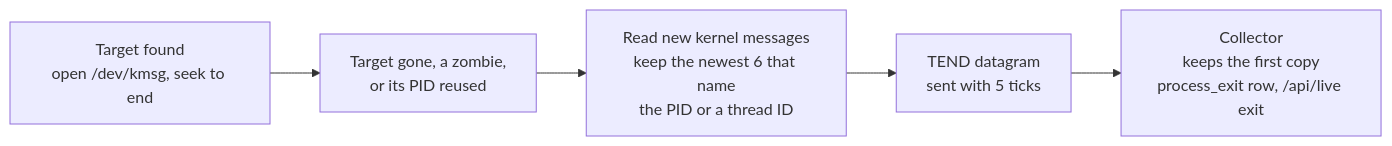
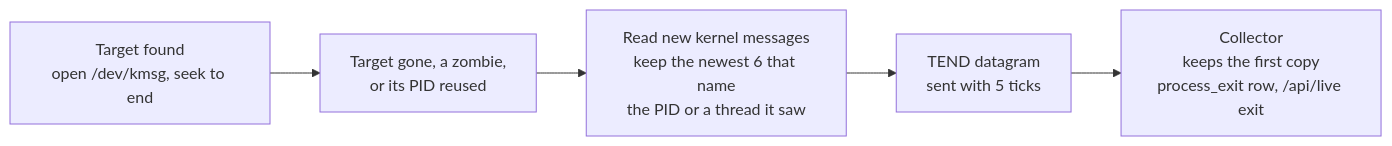
Before and after one commit to breakbadsp/triangulator: the diagram in docs/process-exit.md, drawn with Mermaid. The commit also changed other lines of this file and 3 other files, not shown here.

````diff
--- a/docs/process-exit.md
+++ b/docs/process-exit.md
@@ -39,9 +39,9 @@
 ```mermaid
 flowchart LR
     found["Target found<br/>open /dev/kmsg, seek to end"]
     gone["Target gone, a zombie,<br/>or its PID reused"]
-    read["Read new kernel messages<br/>keep the newest 6 that name<br/>the PID or a thread ID"]
+    read["Read new kernel messages<br/>keep the newest 6 that name<br/>the PID or a thread it saw"]
     send["TEND datagram<br/>sent with 5 ticks"]
     collector["Collector<br/>keeps the first copy<br/>process_exit row, /api/live exit"]
     found --> gone --> read --> send --> collector
 ```
````
